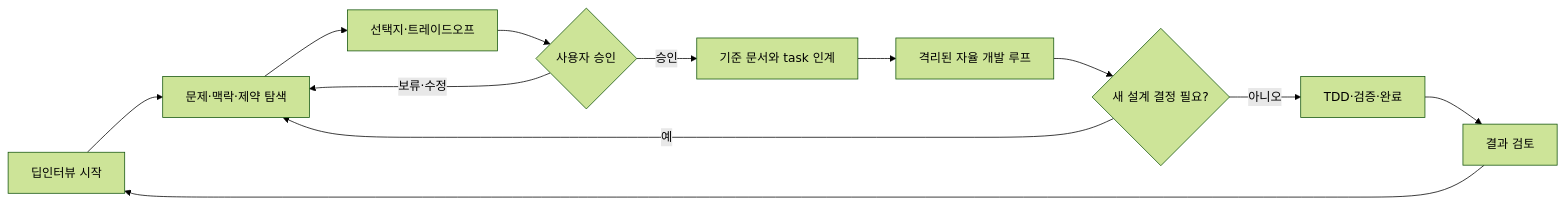
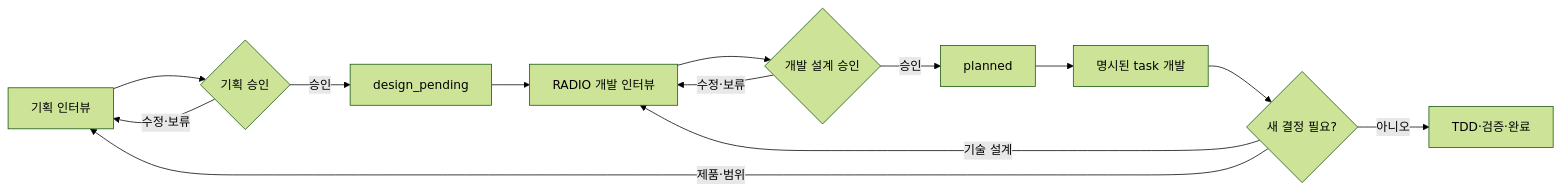
One commit to tkyoun0421/la-bie-belle changed the diagram in docs/WORKFLOW.md. Above: the diagram before and after it, drawn with Mermaid (forest theme). The commit also changed other lines of this file and 17 other files, not shown here.

Commit message:
docs(P0-T28): approve RADIO development design

````diff
--- a/docs/WORKFLOW.md
+++ b/docs/WORKFLOW.md
@@ -11,14 +11,15 @@
 ```mermaid
 flowchart LR
-  A[딥인터뷰 시작] --> B[문제·맥락·제약 탐색]
-  B --> C[선택지·트레이드오프]
-  C --> D{사용자 승인}
-  D -->|보류·수정| B
-  D -->|승인| E[기준 문서와 task 인계]
-  E --> F[격리된 자율 개발 루프]
-  F --> G{새 설계 결정 필요?}
-  G -->|예| B
-  G -->|아니오| H[TDD·검증·완료]
-  H --> I[결과 검토]
-  I --> A
+  A[기획 인터뷰] --> B{기획 승인}
+  B -->|수정·보류| A
+  B -->|승인| C[design_pending]
+  C --> D[RADIO 개발 인터뷰]
+  D --> E{개발 설계 승인}
+  E -->|수정·보류| D
+  E -->|승인| F[planned]
+  F --> G[명시된 task 개발]
+  G --> H{새 결정 필요?}
+  H -->|제품·범위| A
+  H -->|기술 설계| D
+  H -->|아니오| I[TDD·검증·완료]
 ```
````
